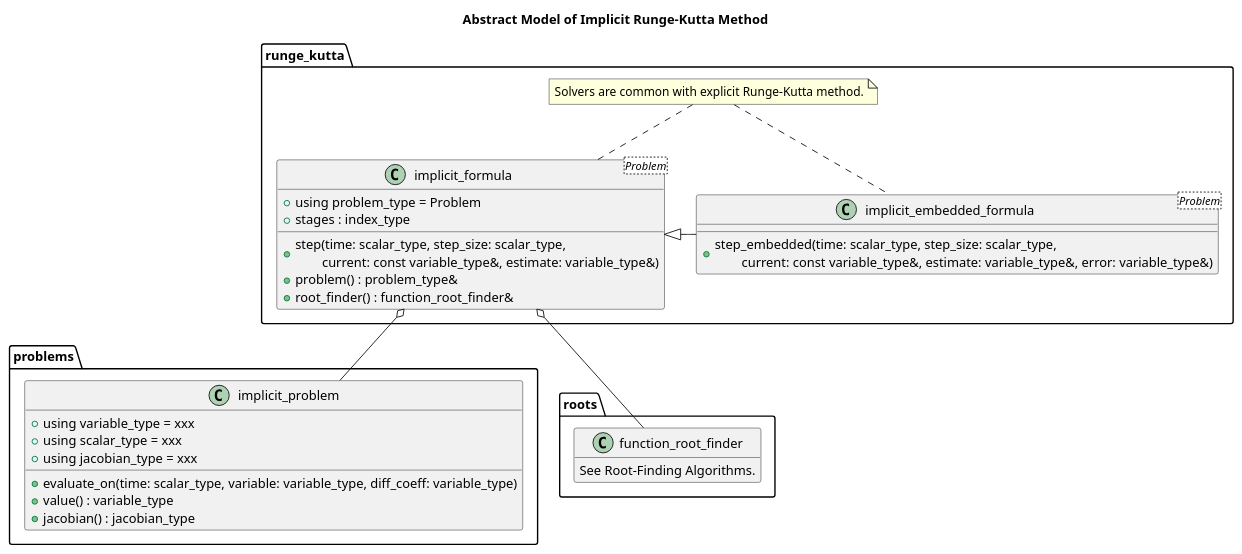
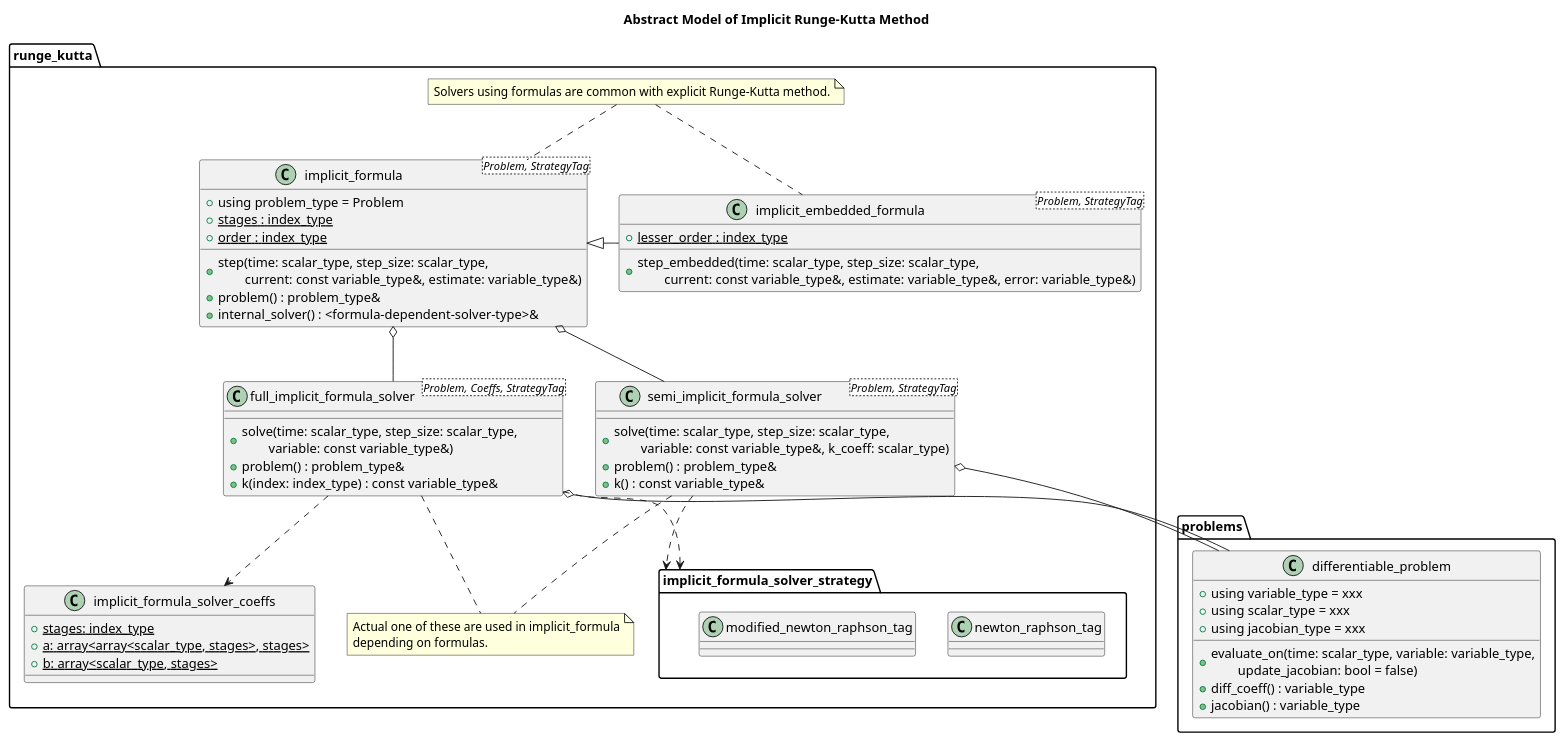
Before and after one commit to MusicScience37/numerical-collection-cpp: the second of 2 diagrams in doc/sphinx/src/basic_design/ode.rst, drawn with PlantUML. The commit also changed other lines of this file, not shown here.

Commit message:
doc: update model of implicit Runge-Kutta

```diff
--- a/doc/sphinx/src/basic_design/ode.rst
+++ b/doc/sphinx/src/basic_design/ode.rst
@@ -65,44 +67,74 @@
 .. uml::
 
     title Abstract Model of Implicit Runge-Kutta Method
 
     package problems {
-        class implicit_problem {
+        class differentiable_problem {
             + using variable_type = xxx
             + using scalar_type = xxx
             + using jacobian_type = xxx
-            + evaluate_on(time: scalar_type, variable: variable_type, diff_coeff: variable_type)
-            + value() : variable_type
-            + jacobian() : jacobian_type
+            + evaluate_on(time: scalar_type, variable: variable_type,\n\tupdate_jacobian: bool = false)
+            + diff_coeff() : variable_type
+            + jacobian() : variable_type
         }
     }
 
-    package roots {
-        class function_root_finder {
-            See Root-Finding Algorithms.
+    package runge_kutta {
+        package implicit_formula_solver_strategy {
+            class newton_raphson_tag
+            class modified_newton_raphson_tag
         }
-        hide function_root_finder methods
-    }
 
-    package runge_kutta {
-        class implicit_formula<Problem> {
+        class semi_implicit_formula_solver<Problem, StrategyTag> {
+            + solve(time: scalar_type, step_size: scalar_type,\n\tvariable: const variable_type&, k_coeff: scalar_type)
+            + problem() : problem_type&
+            + k() : const variable_type&
+        }
+        semi_implicit_formula_solver o-- differentiable_problem
+        semi_implicit_formula_solver ..> implicit_formula_solver_strategy
+
+        class implicit_formula_solver_coeffs {
+            {static} + stages: index_type
+            {static} + a: array<array<scalar_type, stages>, stages>
+            {static} + b: array<scalar_type, stages>
+        }
+
+        class full_implicit_formula_solver<Problem, Coeffs, StrategyTag> {
+            + solve(time: scalar_type, step_size: scalar_type,\n\tvariable: const variable_type&)
+            + problem() : problem_type&
+            + k(index: index_type) : const variable_type&
+        }
+        full_implicit_formula_solver o-- differentiable_problem
+        full_implicit_formula_solver ..> implicit_formula_solver_coeffs
+        full_implicit_formula_solver ..> implicit_formula_solver_strategy
+
+        class implicit_formula<Problem, StrategyTag> {
             + using problem_type = Problem
-            + stages : index_type
+            {static} + stages : index_type
+            {static} + order : index_type
             + step(time: scalar_type, step_size: scalar_type,\n\tcurrent: const variable_type&, estimate: variable_type&)
             + problem() : problem_type&
-            + root_finder() : function_root_finder&
+            + internal_solver() : <formula-dependent-solver-type>&
         }
-        implicit_formula o-- implicit_problem
-        implicit_formula o-- function_root_finder
+        implicit_formula o-- semi_implicit_formula_solver
+        implicit_formula o-- full_implicit_formula_solver
 
-        class implicit_embedded_formula<Problem> {
+        class implicit_embedded_formula<Problem, StrategyTag> {
+            {static} + lesser_order : index_type
             + step_embedded(time: scalar_type, step_size: scalar_type,\n\tcurrent: const variable_type&, estimate: variable_type&, error: variable_type&)
         }
         implicit_formula <|- implicit_embedded_formula
 
         note as implicit_solver_note
-            Solvers are common with explicit Runge-Kutta method.
+            Solvers using formulas are common with explicit Runge-Kutta method.
         end note
         implicit_solver_note .. implicit_formula
         implicit_solver_note .. implicit_embedded_formula
+
+        note as implicit_formula_solver_selection_note
+            Actual one of these are used in implicit_formula
+            depending on formulas.
+        end note
+        implicit_formula_solver_selection_note .up. semi_implicit_formula_solver
+        implicit_formula_solver_selection_note .up. full_implicit_formula_solver
     }
```
